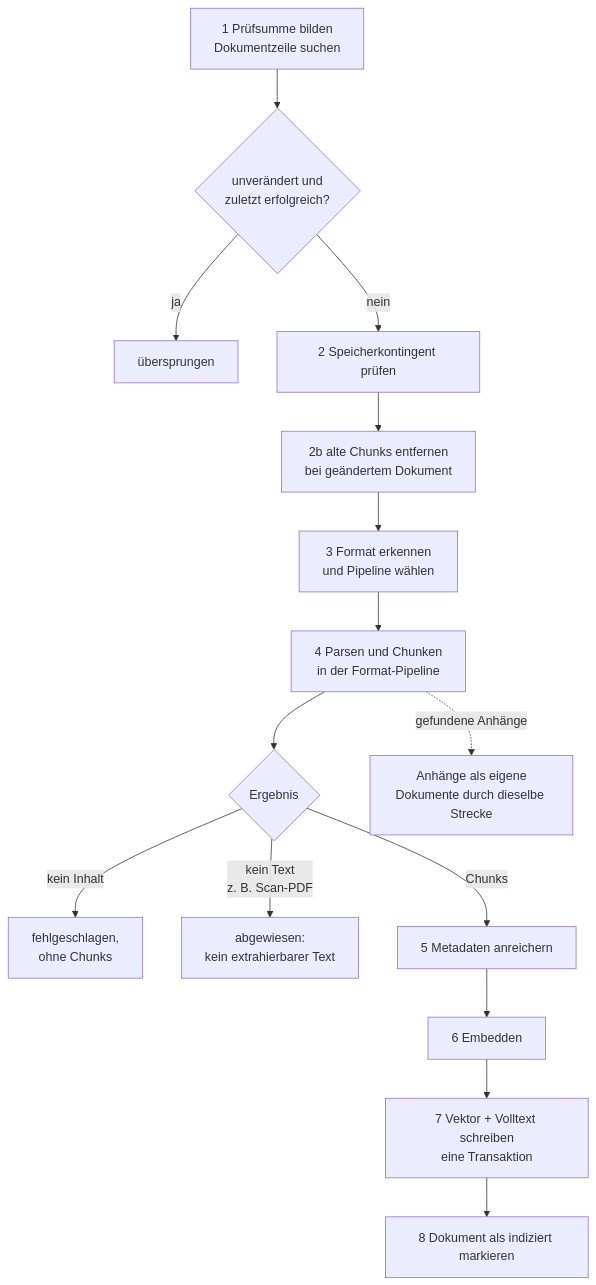
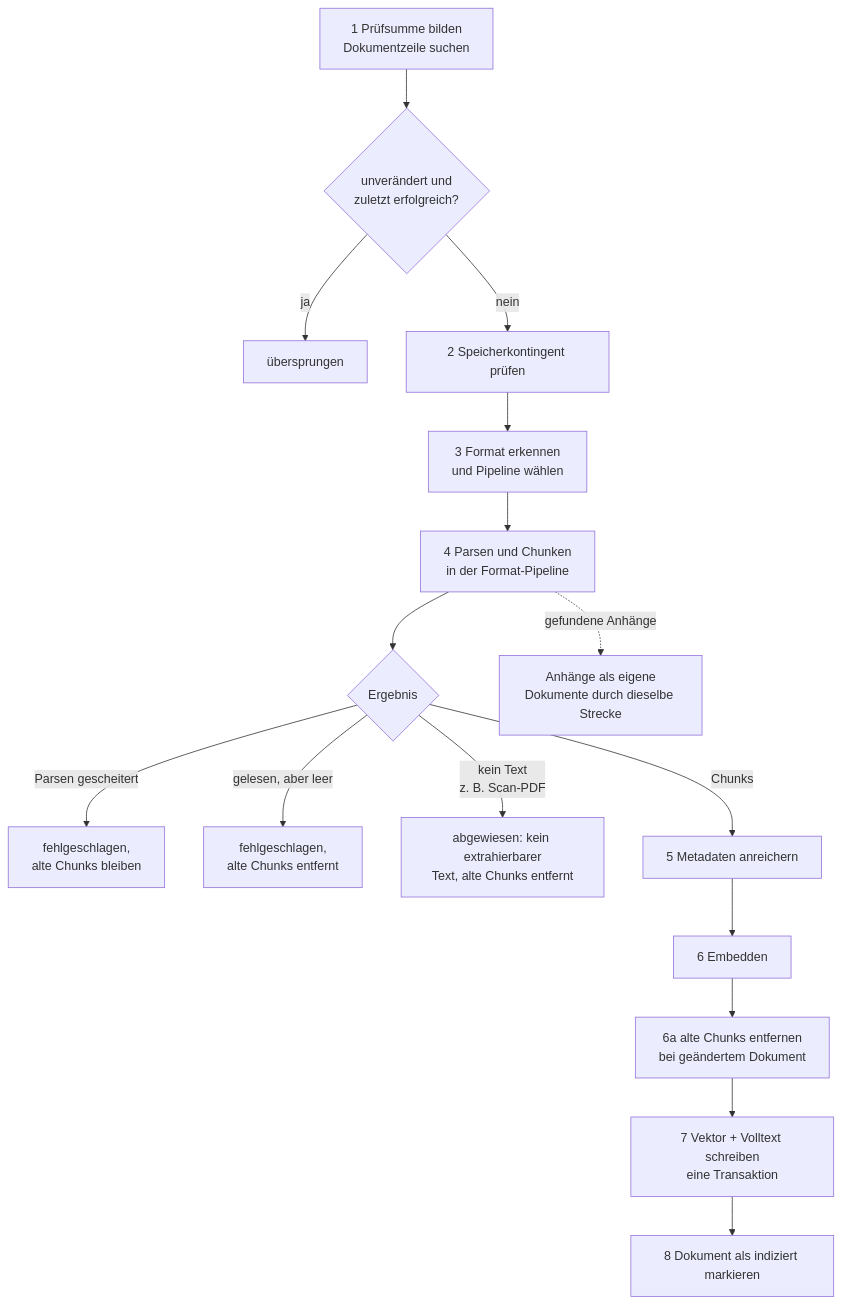
Before and after one commit to criew/opaa: the fifth of 7 diagrams in docs/handbuch/indexierung.md, drawn with Mermaid. The commit also changed other lines of this file, not shown here.

````diff
--- a/docs/handbuch/indexierung.md
+++ b/docs/handbuch/indexierung.md
@@ -224,17 +225,18 @@
 ```mermaid
 flowchart TB
     S1[1 Prüfsumme bilden<br/>Dokumentzeile suchen] --> Q{unverändert und<br/>zuletzt erfolgreich?}
     Q -- ja --> SK[übersprungen]
     Q -- nein --> S2[2 Speicherkontingent prüfen]
-    S2 --> S2b[2b alte Chunks entfernen<br/>bei geändertem Dokument]
-    S2b --> S3[3 Format erkennen<br/>und Pipeline wählen]
+    S2 --> S3[3 Format erkennen<br/>und Pipeline wählen]
     S3 --> S4[4 Parsen und Chunken<br/>in der Format-Pipeline]
     S4 --> R{Ergebnis}
-    R -- kein Inhalt --> FA[fehlgeschlagen,<br/>ohne Chunks]
-    R -- kein Text<br/>z. B. Scan-PDF --> NT[abgewiesen:<br/>kein extrahierbarer Text]
+    R -- Parsen gescheitert --> FP[fehlgeschlagen,<br/>alte Chunks bleiben]
+    R -- gelesen, aber leer --> FA[fehlgeschlagen,<br/>alte Chunks entfernt]
+    R -- kein Text<br/>z. B. Scan-PDF --> NT[abgewiesen: kein extrahierbarer<br/>Text, alte Chunks entfernt]
     R -- Chunks --> S5[5 Metadaten anreichern]
     S5 --> S6[6 Embedden]
-    S6 --> S7[7 Vektor + Volltext schreiben<br/>eine Transaktion]
+    S6 --> S6b[6a alte Chunks entfernen<br/>bei geändertem Dokument]
+    S6b --> S7[7 Vektor + Volltext schreiben<br/>eine Transaktion]
     S7 --> S8[8 Dokument als indiziert markieren]
     S4 -. gefundene Anhänge .-> AT[Anhänge als eigene<br/>Dokumente durch dieselbe Strecke]
 ```
````
